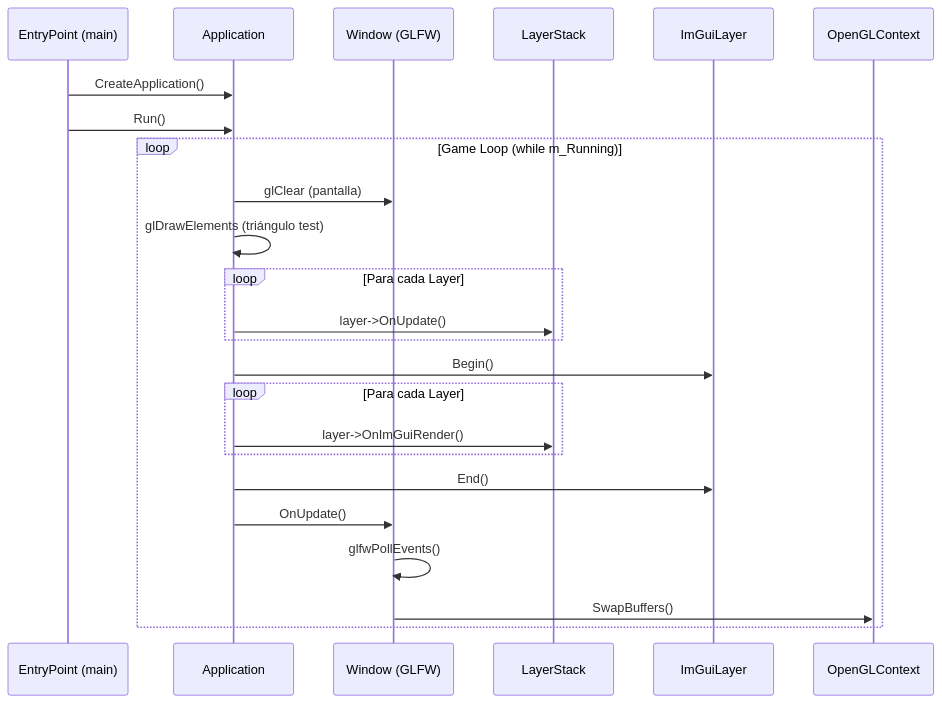
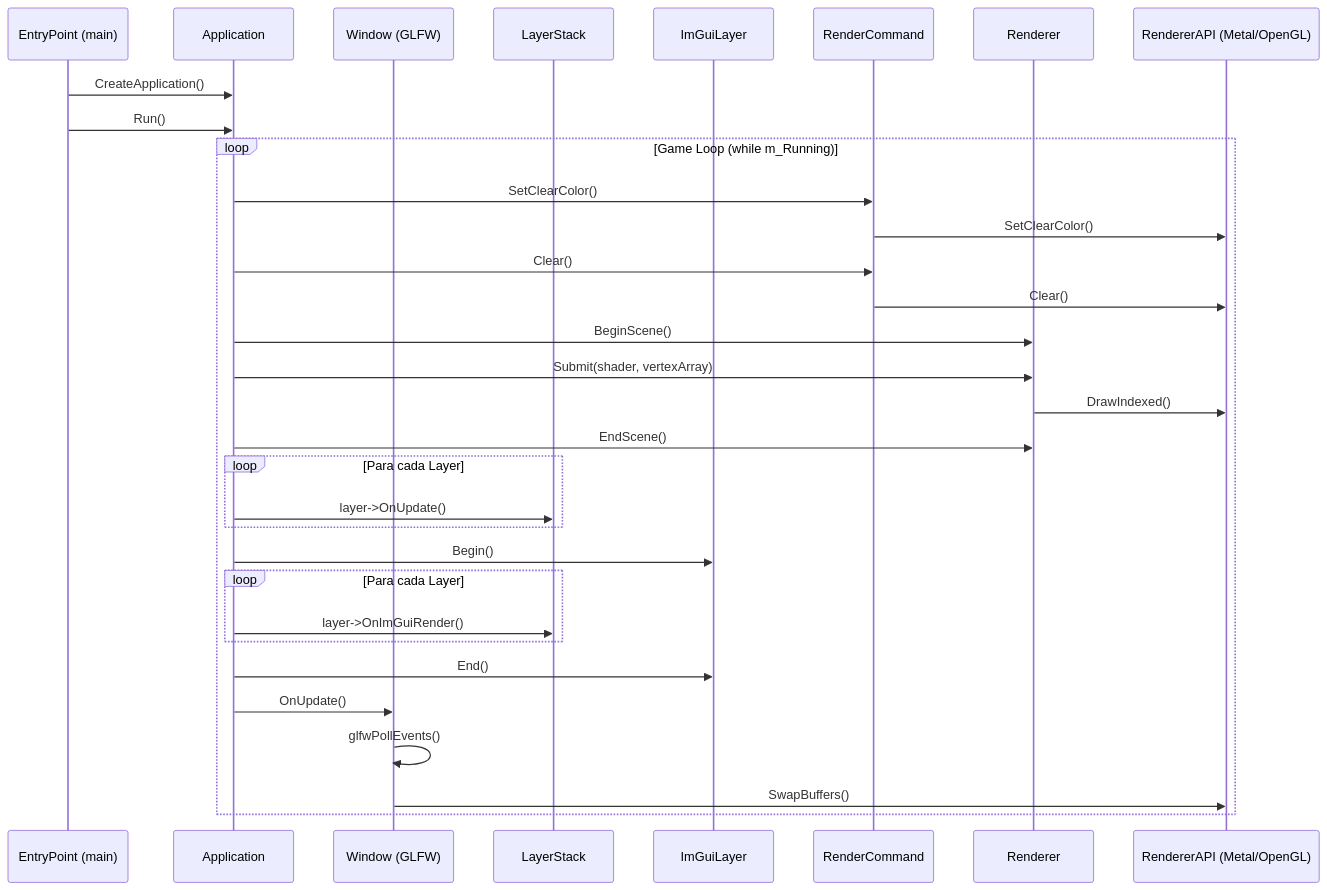
The third of 5 diagrams in README.md (Tanque40/Lore), drawn with Mermaid before and after one commit. The commit also changed other lines of this file, not shown here.

Commit message:
Update README.md to reflect multi-backend support for Metal and OpenGL, enhance renderer abstraction details, and clarify project structure

````diff
--- a/README.md
+++ b/README.md
@@ -263,31 +360,40 @@
 ```mermaid
 sequenceDiagram
     participant EP as EntryPoint (main)
     participant App as Application
     participant Win as Window (GLFW)
     participant LS as LayerStack
     participant IG as ImGuiLayer
-    participant GL as OpenGLContext
+    participant RC as RenderCommand
+    participant R as Renderer
+    participant API as RendererAPI (Metal/OpenGL)
 
     EP->>App: CreateApplication()
     EP->>App: Run()
 
     loop Game Loop (while m_Running)
-        App->>Win: glClear (pantalla)
-        App->>App: glDrawElements (triángulo test)
+        App->>RC: SetClearColor()
+        RC->>API: SetClearColor()
+        App->>RC: Clear()
+        RC->>API: Clear()
+
+        App->>R: BeginScene()
+        App->>R: Submit(shader, vertexArray)
+        R->>API: DrawIndexed()
+        App->>R: EndScene()
 
         loop Para cada Layer
             App->>LS: layer->OnUpdate()
         end
 
         App->>IG: Begin()
         loop Para cada Layer
             App->>LS: layer->OnImGuiRender()
         end
         App->>IG: End()
 
         App->>Win: OnUpdate()
         Win->>Win: glfwPollEvents()
-        Win->>GL: SwapBuffers()
+        Win->>API: SwapBuffers()
     end
 ```
````
